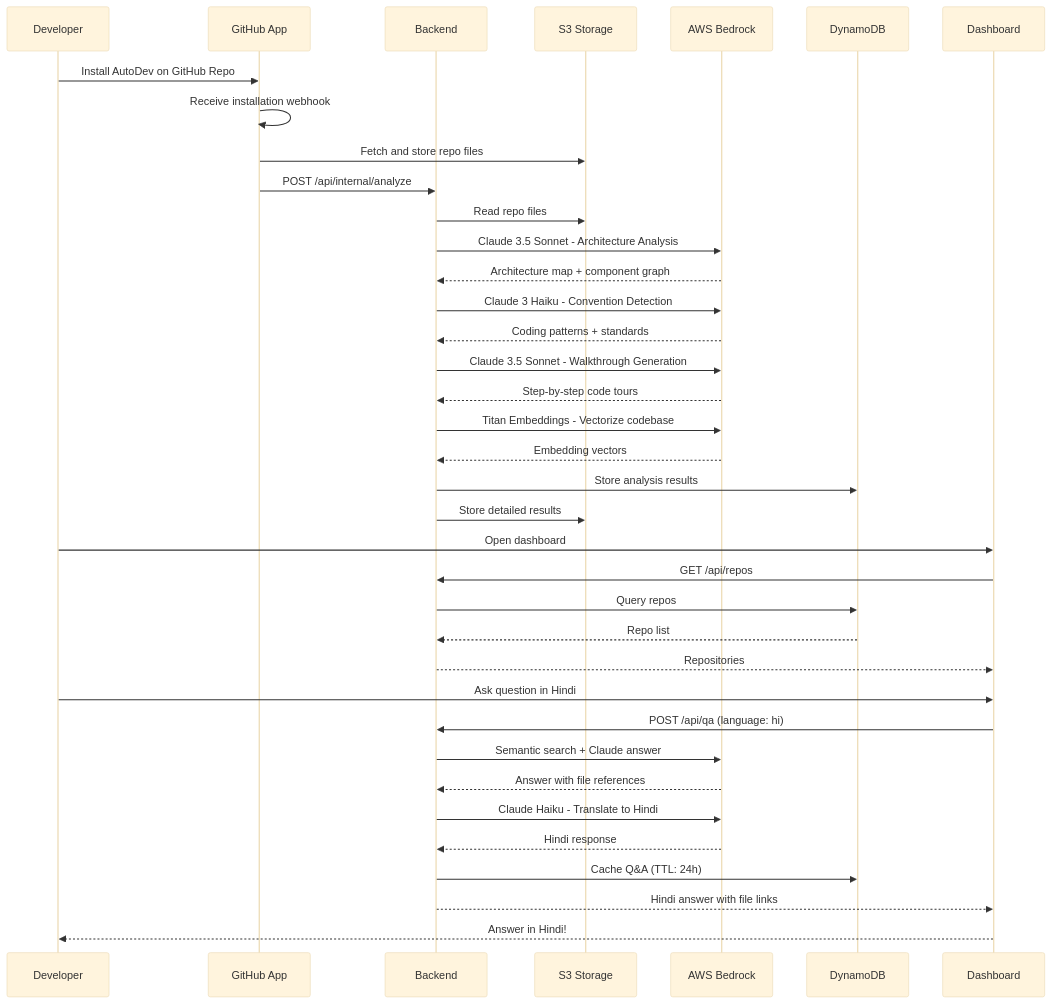
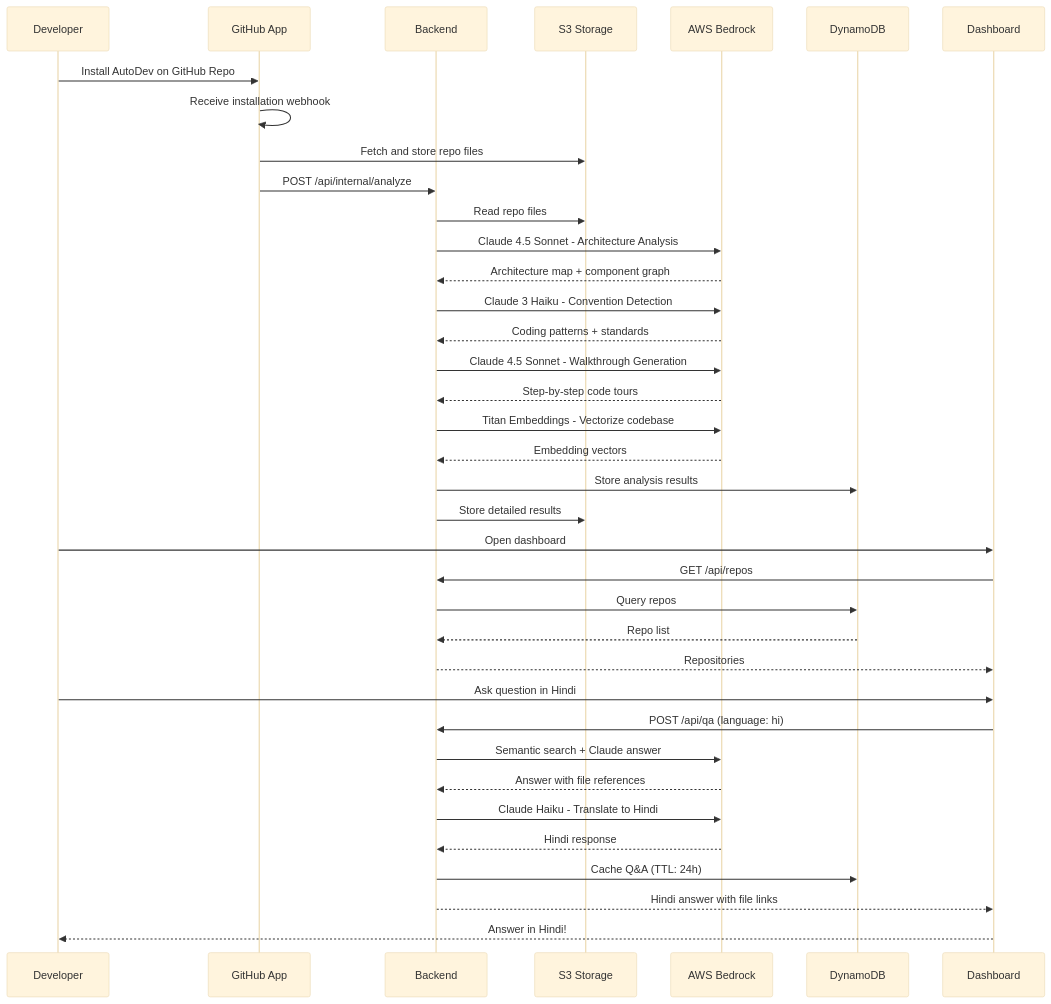
One commit to STIWARTs/AutoDev-AI changed the second of 14 diagrams in README.md. Above: the diagram before and after it, drawn with Mermaid (base theme). The commit also changed other lines of this file, not shown here.

````diff
--- a/README.md
+++ b/README.md
@@ -204,42 +204,42 @@
 ```mermaid
 sequenceDiagram
     participant DEV as Developer
     participant GHA as GitHub App
     participant BE as Backend
     participant S3 as S3 Storage
     participant AI as AWS Bedrock
     participant DB as DynamoDB
     participant UI as Dashboard
 
     DEV->>GHA: Install AutoDev on GitHub Repo
     GHA->>GHA: Receive installation webhook
     GHA->>S3: Fetch and store repo files
     GHA->>BE: POST /api/internal/analyze
     BE->>S3: Read repo files
-    BE->>AI: Claude 3.5 Sonnet - Architecture Analysis
+    BE->>AI: Claude 4.5 Sonnet - Architecture Analysis
     AI-->>BE: Architecture map + component graph
     BE->>AI: Claude 3 Haiku - Convention Detection
     AI-->>BE: Coding patterns + standards
-    BE->>AI: Claude 3.5 Sonnet - Walkthrough Generation
+    BE->>AI: Claude 4.5 Sonnet - Walkthrough Generation
     AI-->>BE: Step-by-step code tours
     BE->>AI: Titan Embeddings - Vectorize codebase
     AI-->>BE: Embedding vectors
     BE->>DB: Store analysis results
     BE->>S3: Store detailed results
 
     DEV->>UI: Open dashboard
     UI->>BE: GET /api/repos
     BE->>DB: Query repos
     DB-->>BE: Repo list
     BE-->>UI: Repositories
 
     DEV->>UI: Ask question in Hindi
     UI->>BE: POST /api/qa (language: hi)
     BE->>AI: Semantic search + Claude answer
     AI-->>BE: Answer with file references
     BE->>AI: Claude Haiku - Translate to Hindi
     AI-->>BE: Hindi response
     BE->>DB: Cache Q&A (TTL: 24h)
     BE-->>UI: Hindi answer with file links
     UI-->>DEV: Answer in Hindi!
 ```
````
